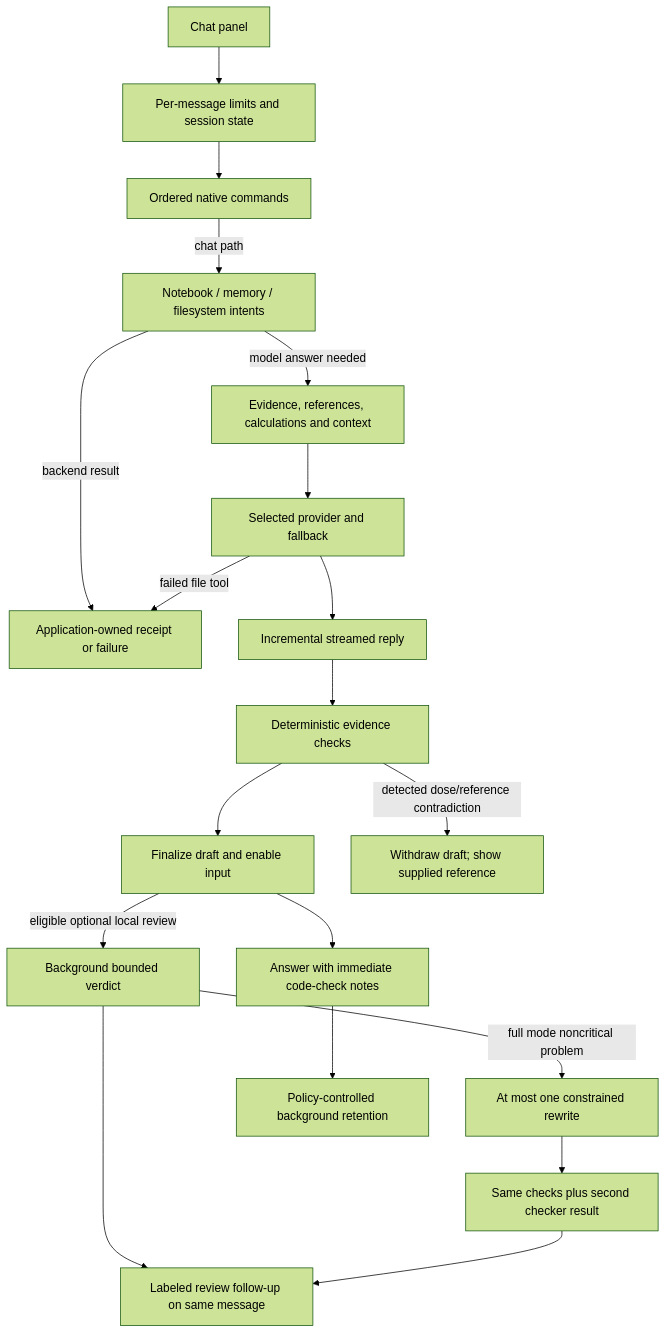
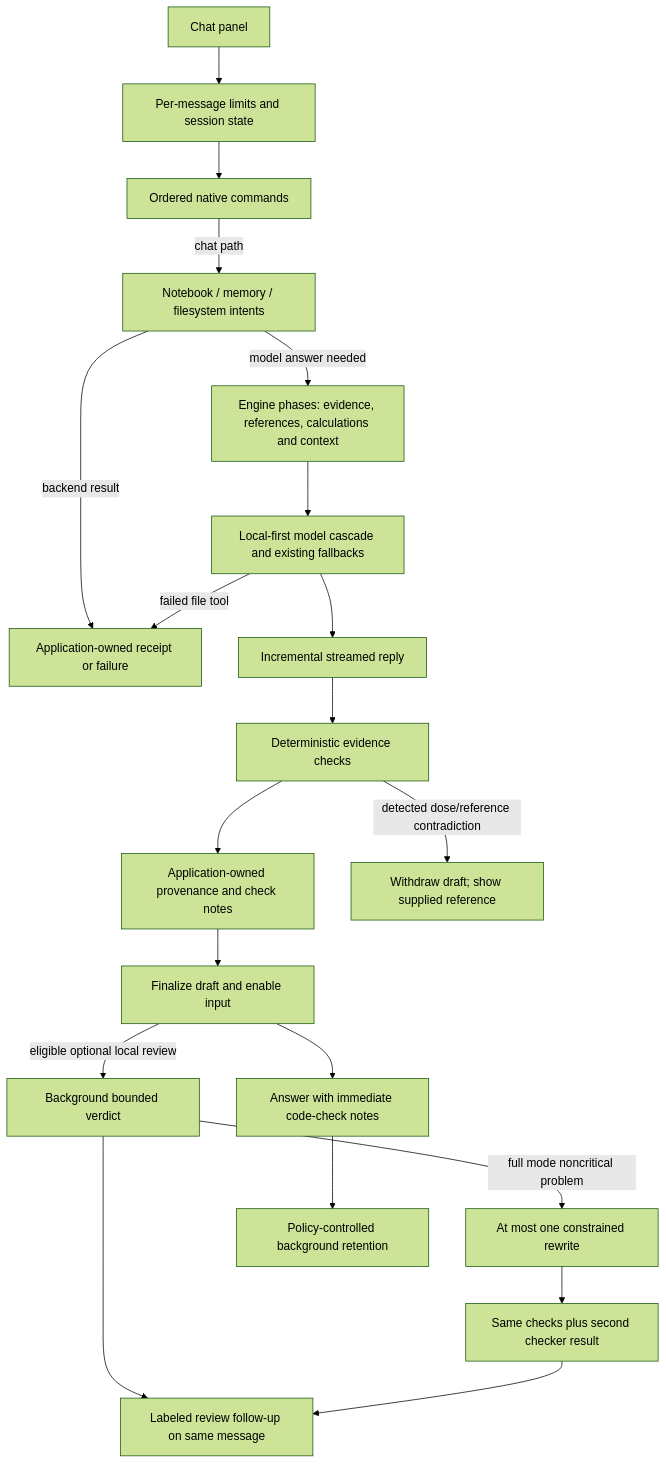
One commit to Cursiv-Local/Cursiv changed the diagram in ARCHITECTURE.md. Above: the diagram before and after it, drawn with Mermaid (forest theme). The commit also changed other lines of this file and 40 other files, not shown here.

````diff
--- a/ARCHITECTURE.md
+++ b/ARCHITECTURE.md
@@ -53,21 +61,22 @@
 ```mermaid
 flowchart TD
   UI[Chat panel] --> Policy[Per-message limits and session state]
   Policy --> Commands[Ordered native commands]
   Commands -->|chat path| Native[Notebook / memory / filesystem intents]
   Native -->|backend result| Receipt[Application-owned receipt or failure]
-  Native -->|model answer needed| Context[Evidence, references, calculations and context]
-  Context --> Provider[Selected provider and fallback]
+  Native -->|model answer needed| Context[Engine phases: evidence, references, calculations and context]
+  Context --> Provider[Local-first model cascade and existing fallbacks]
   Provider --> Stream[Incremental streamed reply]
   Provider -->|failed file tool| Receipt
   Stream --> Checks[Deterministic evidence checks]
-  Checks --> Ready[Finalize draft and enable input]
+  Checks --> Provenance[Application-owned provenance and check notes]
+  Provenance --> Ready[Finalize draft and enable input]
   Ready -->|eligible optional local review| Review[Background bounded verdict]
   Review -->|full mode noncritical problem| Rewrite[At most one constrained rewrite]
   Rewrite --> Recheck[Same checks plus second checker result]
   Ready --> Notes[Answer with immediate code-check notes]
   Checks -->|detected dose/reference contradiction| Card[Withdraw draft; show supplied reference]
   Review --> Followup[Labeled review follow-up on same message]
   Recheck --> Followup
   Notes --> Memory[Policy-controlled background retention]
 ```
````
